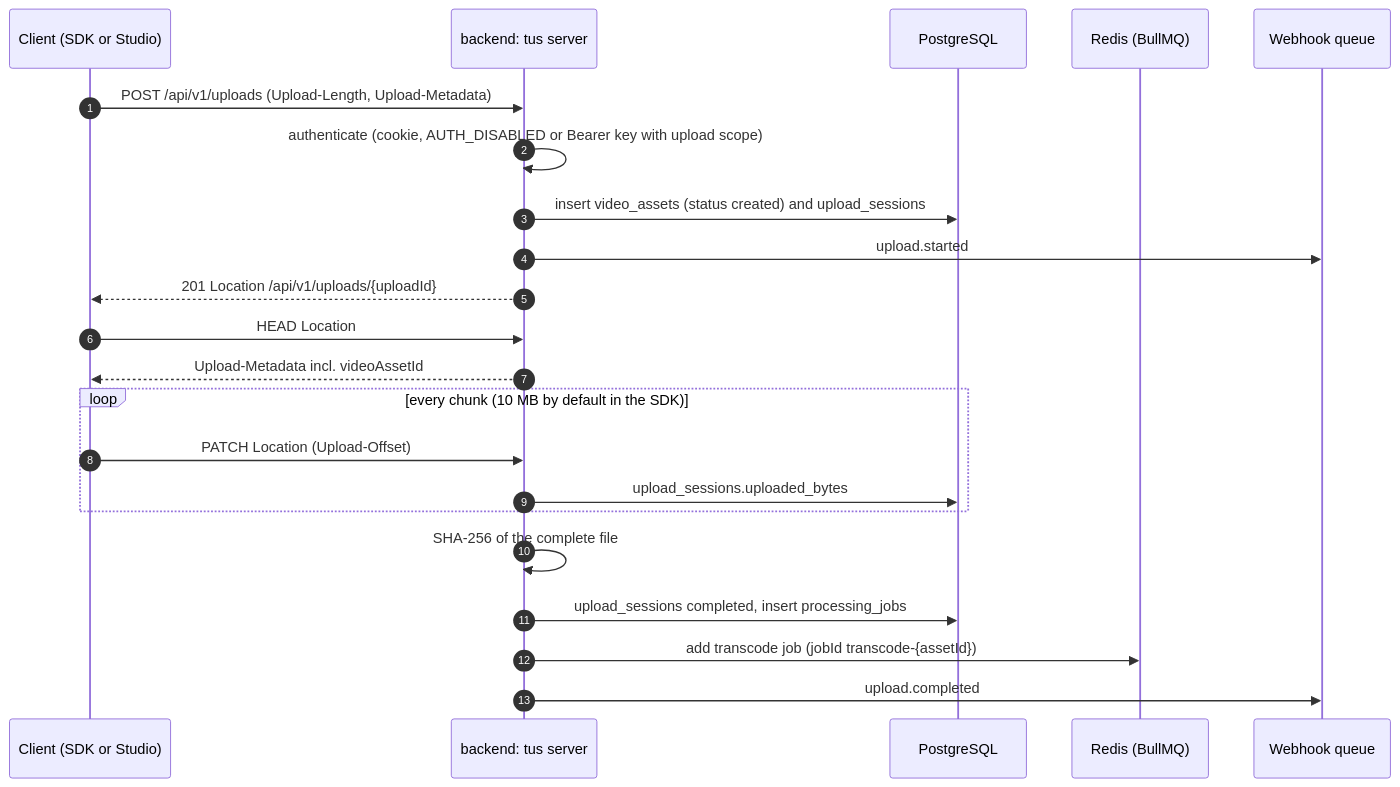
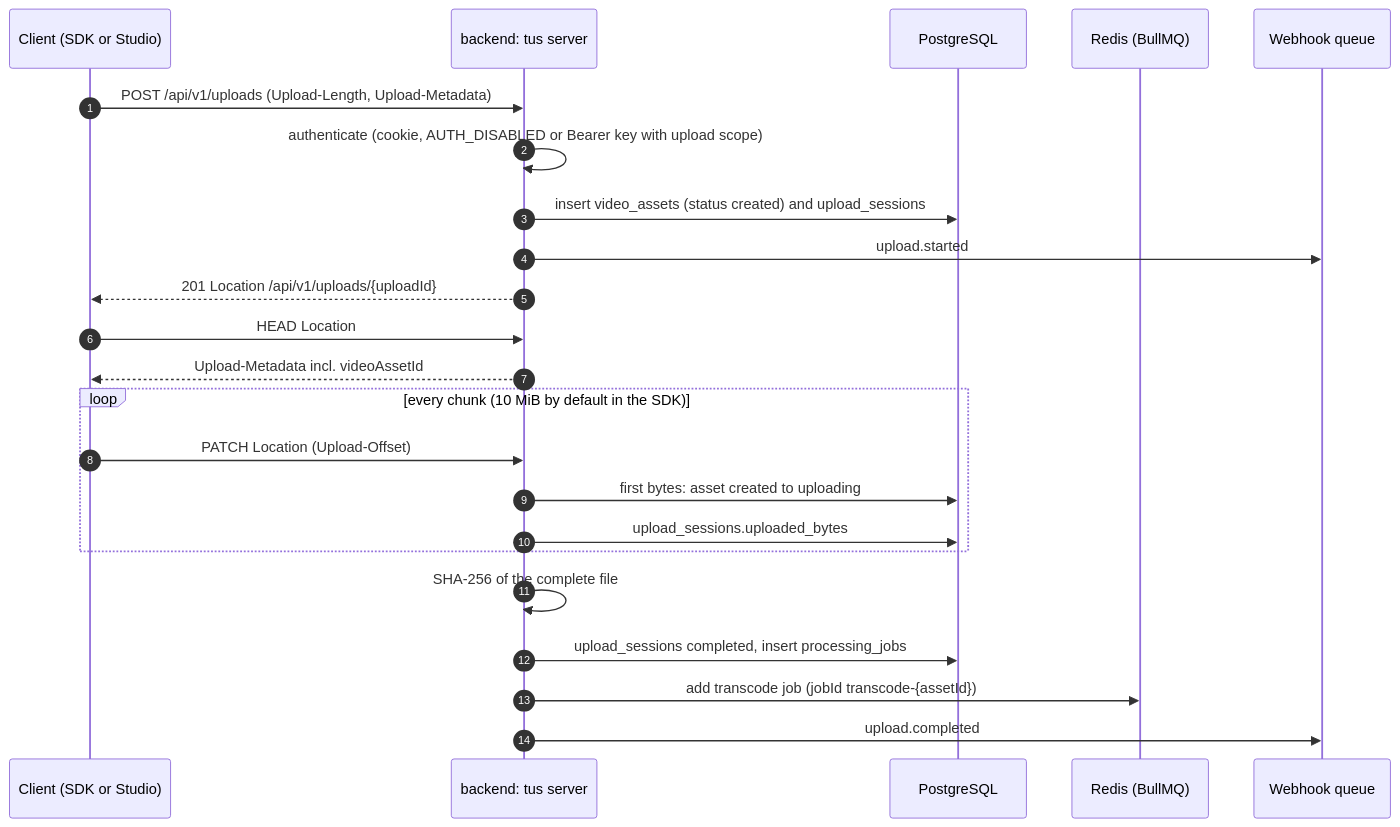
One commit to justmert/Sluby changed the first of 3 diagrams in docs/architecture/upload-pipeline.md. Above: the diagram before and after it, drawn with Mermaid. The commit also changed other lines of this file, not shown here.

````diff
--- a/docs/architecture/upload-pipeline.md
+++ b/docs/architecture/upload-pipeline.md
@@ -7,25 +7,26 @@
 ```mermaid
 sequenceDiagram
   autonumber
   participant C as Client (SDK or Studio)
   participant T as backend: tus server
   participant DB as PostgreSQL
   participant Q as Redis (BullMQ)
   participant W as Webhook queue
 
   C->>T: POST /api/v1/uploads (Upload-Length, Upload-Metadata)
   T->>T: authenticate (cookie, AUTH_DISABLED or Bearer key with upload scope)
   T->>DB: insert video_assets (status created) and upload_sessions
   T->>W: upload.started
   T-->>C: 201 Location /api/v1/uploads/{uploadId}
   C->>T: HEAD Location
   T-->>C: Upload-Metadata incl. videoAssetId
-  loop every chunk (10 MB by default in the SDK)
+  loop every chunk (10 MiB by default in the SDK)
     C->>T: PATCH Location (Upload-Offset)
+    T->>DB: first bytes: asset created to uploading
     T->>DB: upload_sessions.uploaded_bytes
   end
   T->>T: SHA-256 of the complete file
   T->>DB: upload_sessions completed, insert processing_jobs
   T->>Q: add transcode job (jobId transcode-{assetId})
   T->>W: upload.completed
 ```
````
